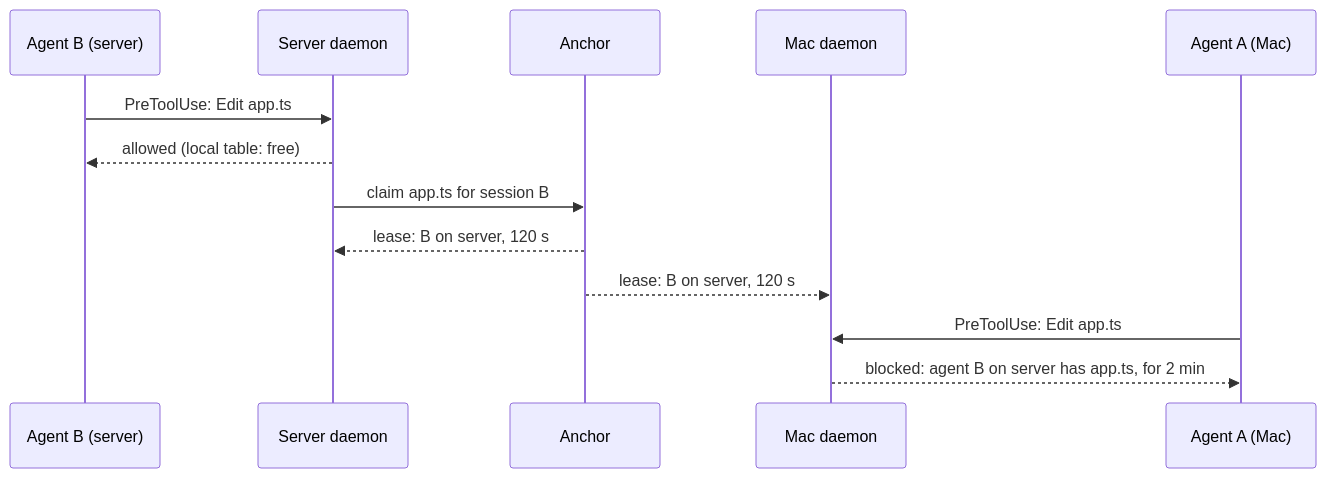
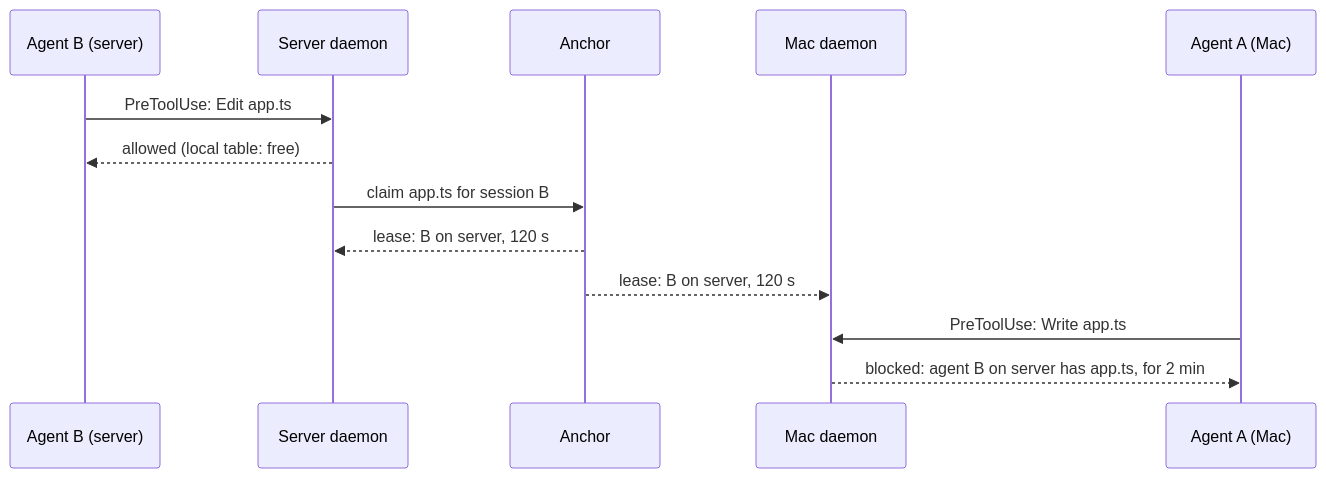
One commit to damkandev/hilo changed the second of 3 diagrams in docs/architecture.md. Above: the diagram before and after it, drawn with Mermaid. The commit also changed other lines of this file and 14 other files, not shown here.

````diff
--- a/docs/architecture.md
+++ b/docs/architecture.md
@@ -102,15 +135,15 @@
 ```mermaid
 sequenceDiagram
     participant B as Agent B (server)
     participant DS as Server daemon
     participant A as Anchor
     participant DM as Mac daemon
     participant MA as Agent A (Mac)
     B->>DS: PreToolUse: Edit app.ts
     DS-->>B: allowed (local table: free)
     DS->>A: claim app.ts for session B
     A-->>DS: lease: B on server, 120 s
     A-->>DM: lease: B on server, 120 s
-    MA->>DM: PreToolUse: Edit app.ts
+    MA->>DM: PreToolUse: Write app.ts
     DM-->>MA: blocked: agent B on server has app.ts, for 2 min
 ```
````
